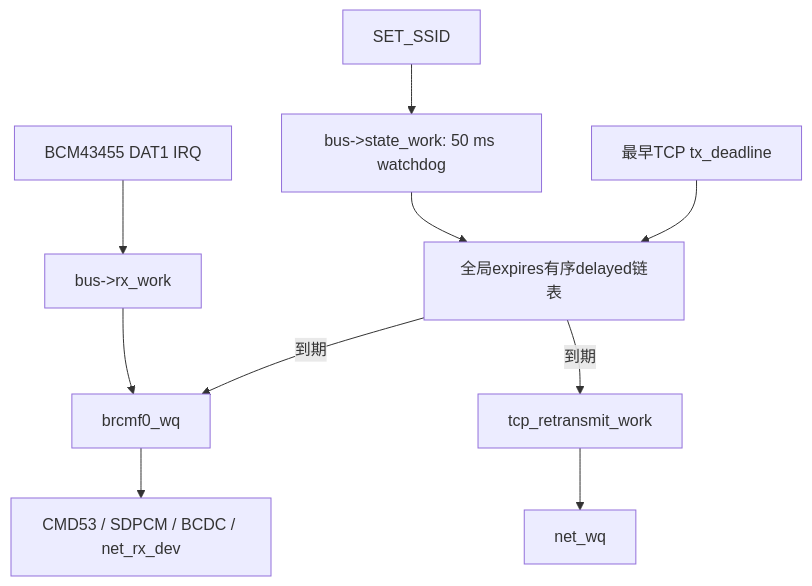
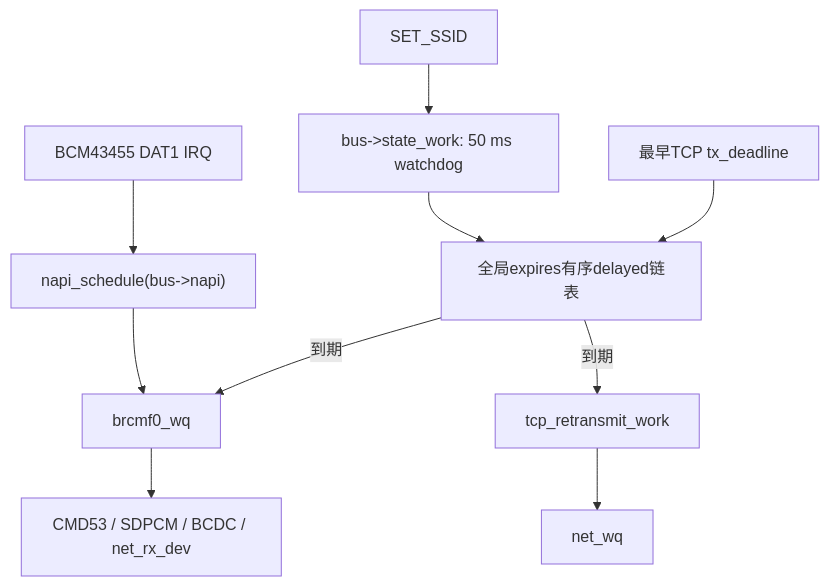
One commit to jimingkang/xv6-aarch64 changed diagram 14 of 14 in readme/readme_sdio_wifi.md. Above: the diagram before and after it, drawn with Mermaid. The commit also changed other lines of this file and 5 other files, not shown here.

````diff
--- a/readme/readme_sdio_wifi.md
+++ b/readme/readme_sdio_wifi.md
@@ -788,14 +793,14 @@
 ```mermaid
 flowchart TD
-    DAT1["BCM43455 DAT1 IRQ"] --> RX["bus->rx_work"]
+    DAT1["BCM43455 DAT1 IRQ"] --> RX["napi_schedule(bus->napi)"]
     RX --> BWQ["brcmf0_wq"]
     BWQ --> SDPCM["CMD53 / SDPCM / BCDC / net_rx_dev"]
 
     JOIN["SET_SSID"] --> DW["bus->state_work: 50 ms watchdog"]
     DW --> SORT["全局expires有序delayed链表"]
     SORT -->|到期| BWQ
 
     TCP["最早TCP tx_deadline"] --> SORT
     SORT -->|到期| TW["tcp_retransmit_work"]
     TW --> NWQ["net_wq"]
 ```
````
